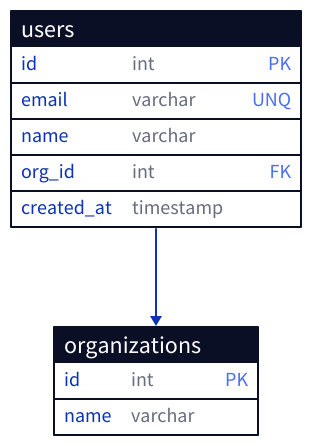
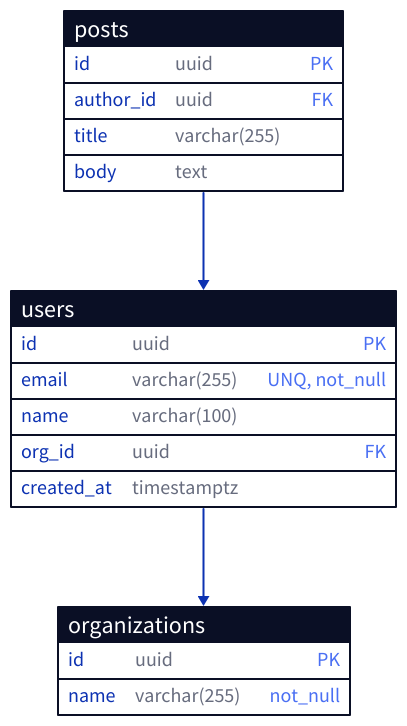
One commit to ItsJooL/d2-mcp changed diagram 14 of 29 in skills/d2/SKILL.md. Above: the diagram before and after it, drawn with D2. The commit also changed other lines of this file and 7 other files, not shown here.

````diff
--- a/skills/d2/SKILL.md
+++ b/skills/d2/SKILL.md
@@ -243,25 +430,28 @@
 ```d2
 users: {
   shape: sql_table
-  id: int {constraint: primary_key}
-  email: varchar {constraint: unique}
-  name: varchar
-  org_id: int {constraint: foreign_key}
-  created_at: timestamp
+  id: uuid {constraint: primary_key}
+  email: varchar(255) {constraint: [unique; not_null]}
+  name: varchar(100)
+  org_id: uuid {constraint: foreign_key}
+  created_at: timestamptz
 }
 
 organizations: {
   shape: sql_table
-  id: int {constraint: primary_key}
-  name: varchar
+  id: uuid {constraint: primary_key}
+  name: varchar(255) {constraint: not_null}
 }
 
-# Foreign key connection
+posts: {
+  shape: sql_table
+  id: uuid {constraint: primary_key}
+  author_id: uuid {constraint: foreign_key}
+  title: varchar(255)
+  body: text
+}
+
+# FK connections — connect column to column
 users.org_id -> organizations.id
-
-# Multiple constraints
-users: {
-  shape: sql_table
-  id: int {constraint: [primary_key; not_null]}
-}
+posts.author_id -> users.id
 ```
````
